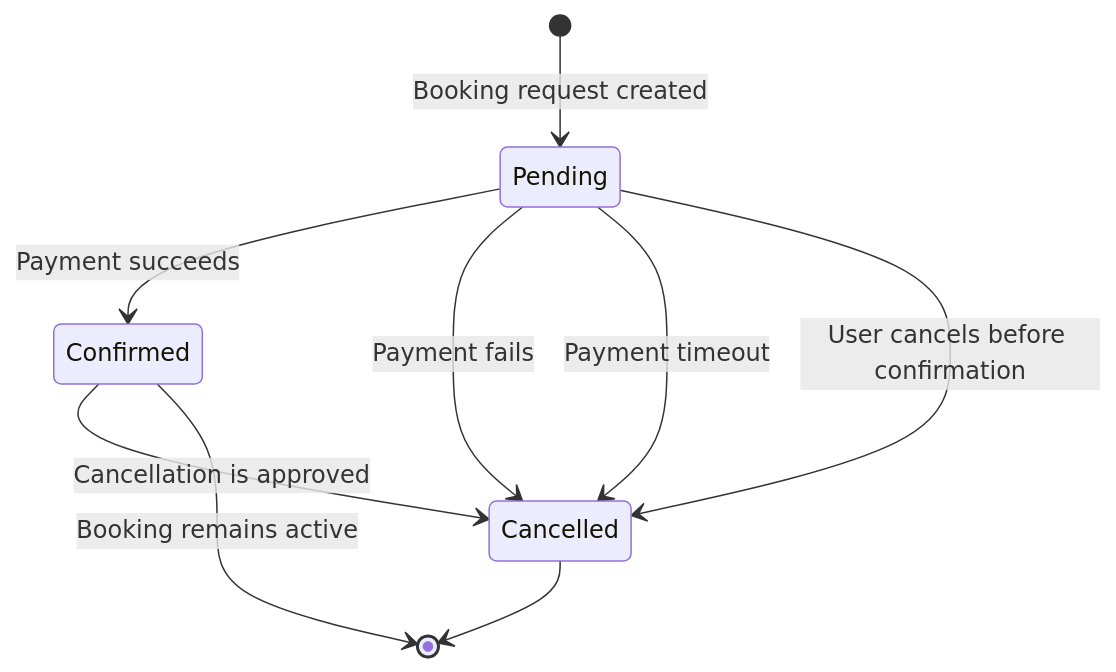
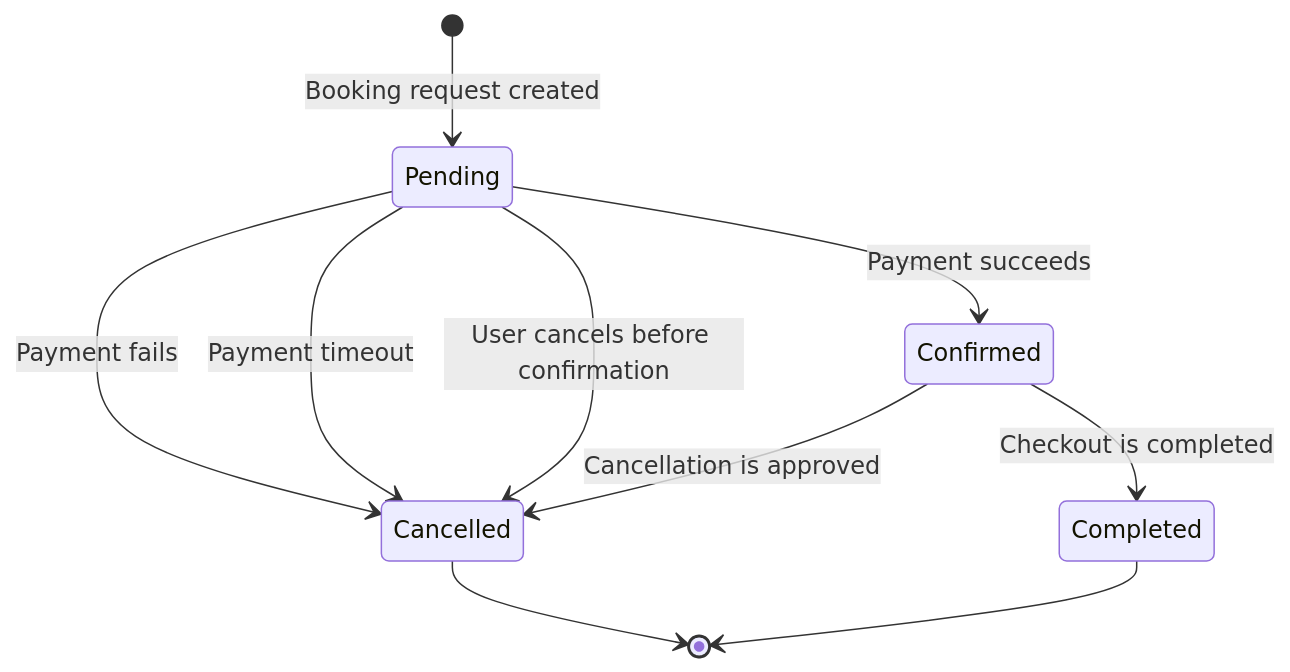
The diagram in diagrams/booking-state-transitions.md (MeirTl/qa-middle-assignment), drawn with Mermaid before and after one commit. The commit also changed other lines of this file and 2 other files, not shown here.

````diff
--- a/diagrams/booking-state-transitions.md
+++ b/diagrams/booking-state-transitions.md
@@ -3,14 +3,15 @@
 ```mermaid
 stateDiagram-v2
     [*] --> Pending: Booking request created
 
     Pending --> Confirmed: Payment succeeds
     Pending --> Cancelled: Payment fails
     Pending --> Cancelled: Payment timeout
     Pending --> Cancelled: User cancels before confirmation
 
     Confirmed --> Cancelled: Cancellation is approved
+    Confirmed --> Completed: Checkout is completed
 
-    Confirmed --> [*]: Booking remains active
     Cancelled --> [*]
+    Completed --> [*]
 ```
````
